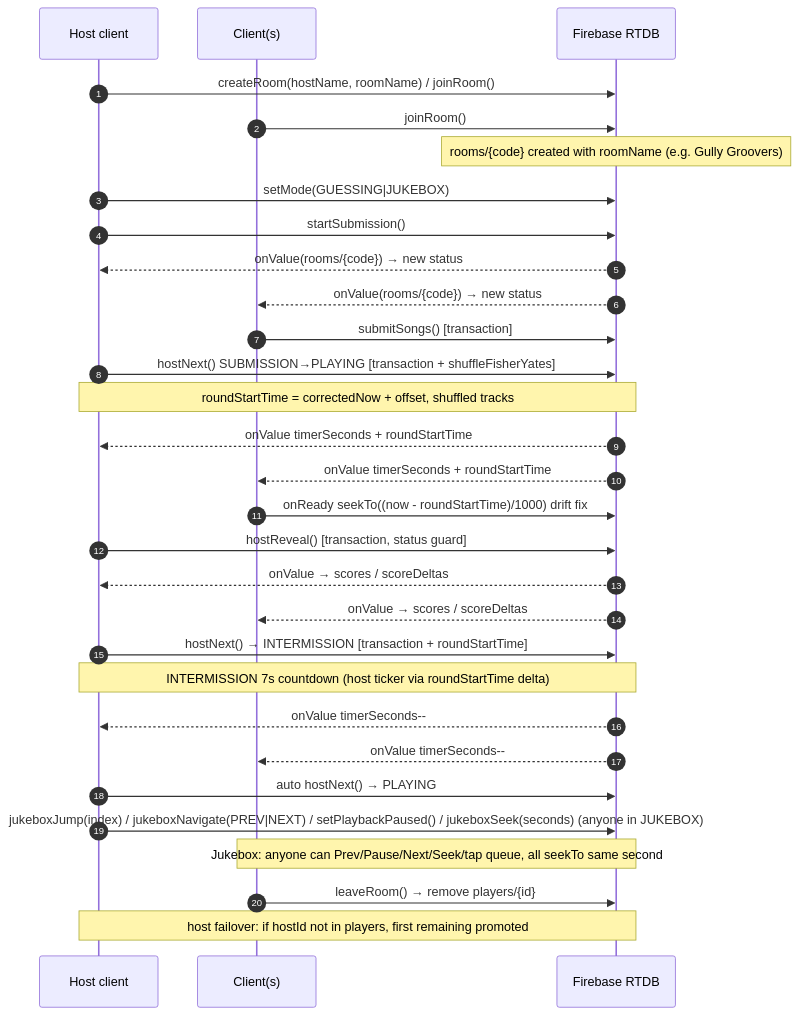
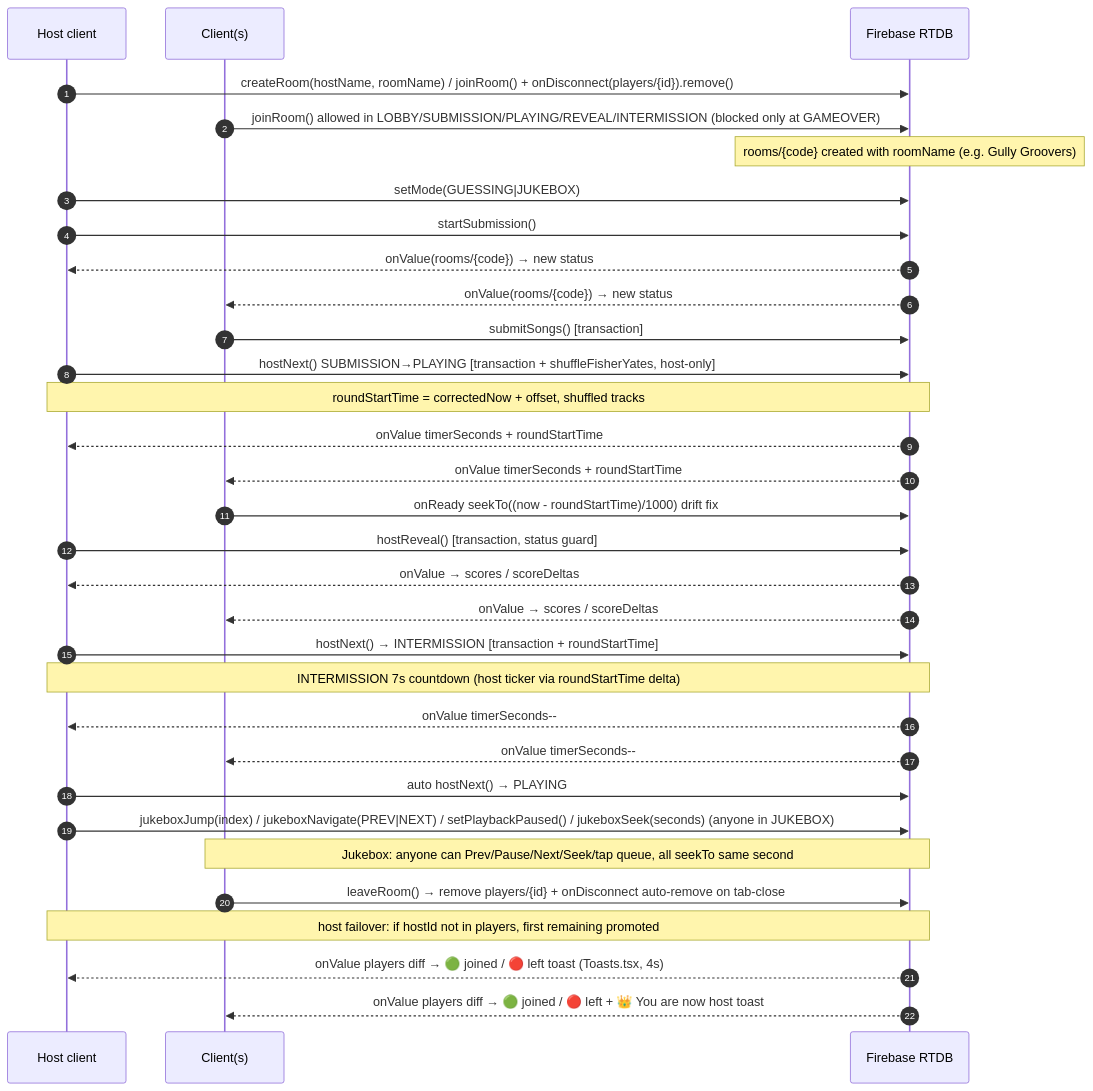
One commit to sudo-Harshk/pmp changed the first of 3 diagrams in docs/ARCHITECTURE.md. Above: the diagram before and after it, drawn with Mermaid. The commit also changed other lines of this file and 8 other files, not shown here.

````diff
--- a/docs/ARCHITECTURE.md
+++ b/docs/ARCHITECTURE.md
@@ -16,33 +16,35 @@
 ```mermaid
 sequenceDiagram
     autonumber
     participant H as Host client
     participant C as Client(s)
     participant F as Firebase RTDB
 
-    H->>F: createRoom(hostName, roomName) / joinRoom()
-    C->>F: joinRoom()
+    H->>F: createRoom(hostName, roomName) / joinRoom() + onDisconnect(players/{id}).remove()
+    C->>F: joinRoom() allowed in LOBBY/SUBMISSION/PLAYING/REVEAL/INTERMISSION (blocked only at GAMEOVER)
     Note over F: rooms/{code} created with roomName (e.g. Gully Groovers)
     H->>F: setMode(GUESSING|JUKEBOX)
     H->>F: startSubmission()
     F-->>H: onValue(rooms/{code}) → new status
     F-->>C: onValue(rooms/{code}) → new status
     C->>F: submitSongs() [transaction]
-    H->>F: hostNext() SUBMISSION→PLAYING [transaction + shuffleFisherYates]
+     H->>F: hostNext() SUBMISSION→PLAYING [transaction + shuffleFisherYates, host-only]
     Note over H,F: roundStartTime = correctedNow + offset, shuffled tracks
     F-->>H: onValue timerSeconds + roundStartTime
     F-->>C: onValue timerSeconds + roundStartTime
     C->>F: onReady seekTo((now - roundStartTime)/1000) drift fix
     H->>F: hostReveal() [transaction, status guard]
     F-->>H: onValue → scores / scoreDeltas
     F-->>C: onValue → scores / scoreDeltas
     H->>F: hostNext() → INTERMISSION [transaction + roundStartTime]
     Note over H,F: INTERMISSION 7s countdown (host ticker via roundStartTime delta)
     F-->>H: onValue timerSeconds--
     F-->>C: onValue timerSeconds--
     H->>F: auto hostNext() → PLAYING
     H->>F: jukeboxJump(index) / jukeboxNavigate(PREV|NEXT) / setPlaybackPaused() / jukeboxSeek(seconds) (anyone in JUKEBOX)
     Note over C,F: Jukebox: anyone can Prev/Pause/Next/Seek/tap queue, all seekTo same second
-    C->>F: leaveRoom() → remove players/{id}
+    C->>F: leaveRoom() → remove players/{id} + onDisconnect auto-remove on tab-close
     Note over H,F: host failover: if hostId not in players, first remaining promoted
+    F-->>H: onValue players diff → 🟢 joined / 🔴 left toast (Toasts.tsx, 4s)
+    F-->>C: onValue players diff → 🟢 joined / 🔴 left + 👑 You are now host toast
 ```
````
